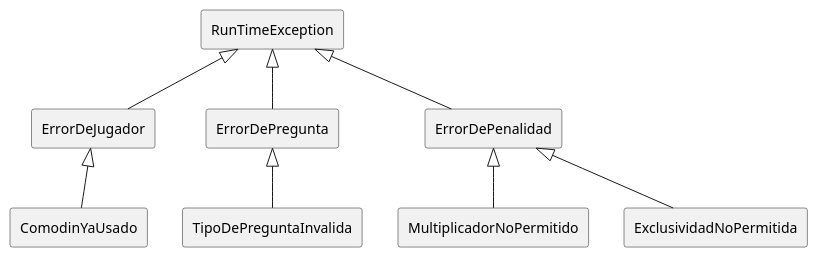
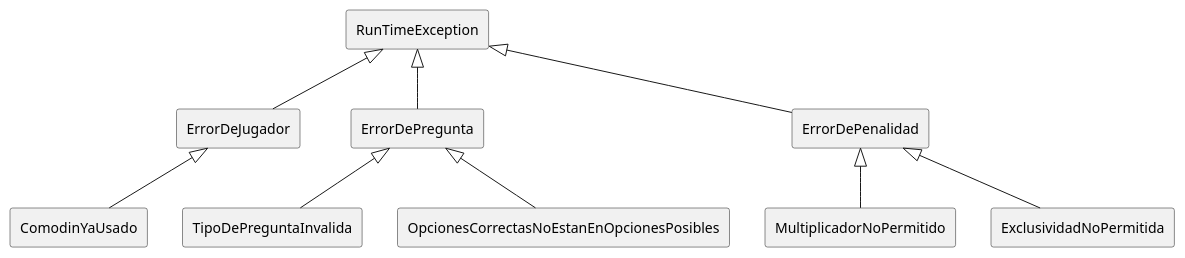
One commit to Alex1161/TP2 changed the diagram in src/main/java/edu/fiuba/algo3/Diagramas/puml/ErroresJerrarquias.puml. Above: the diagram before and after it, drawn with PlantUML. The commit also changed 7 other files, not shown here.

```diff
--- a/src/main/java/edu/fiuba/algo3/Diagramas/puml/ErroresJerrarquias.puml
+++ b/src/main/java/edu/fiuba/algo3/Diagramas/puml/ErroresJerrarquias.puml
@@ -1,19 +1,21 @@
 @startuml
 rectangle RunTimeException
 rectangle ErrorDeJugador
 rectangle ErrorDePregunta
 rectangle ErrorDePenalidad
 rectangle TipoDePreguntaInvalida
 rectangle MultiplicadorNoPermitido
 rectangle ExclusividadNoPermitida
 rectangle ComodinYaUsado
+rectangle OpcionesCorrectasNoEstanEnOpcionesPosibles
 
 
 RunTimeException <|-- ErrorDeJugador
 RunTimeException <|-- ErrorDePregunta
 RunTimeException <|-- ErrorDePenalidad
 ErrorDeJugador <|-- ComodinYaUsado
 ErrorDePenalidad <|--MultiplicadorNoPermitido
 ErrorDePenalidad <|--ExclusividadNoPermitida
 ErrorDePregunta <|-- TipoDePreguntaInvalida
+ErrorDePregunta <|-- OpcionesCorrectasNoEstanEnOpcionesPosibles
 @enduml
```
